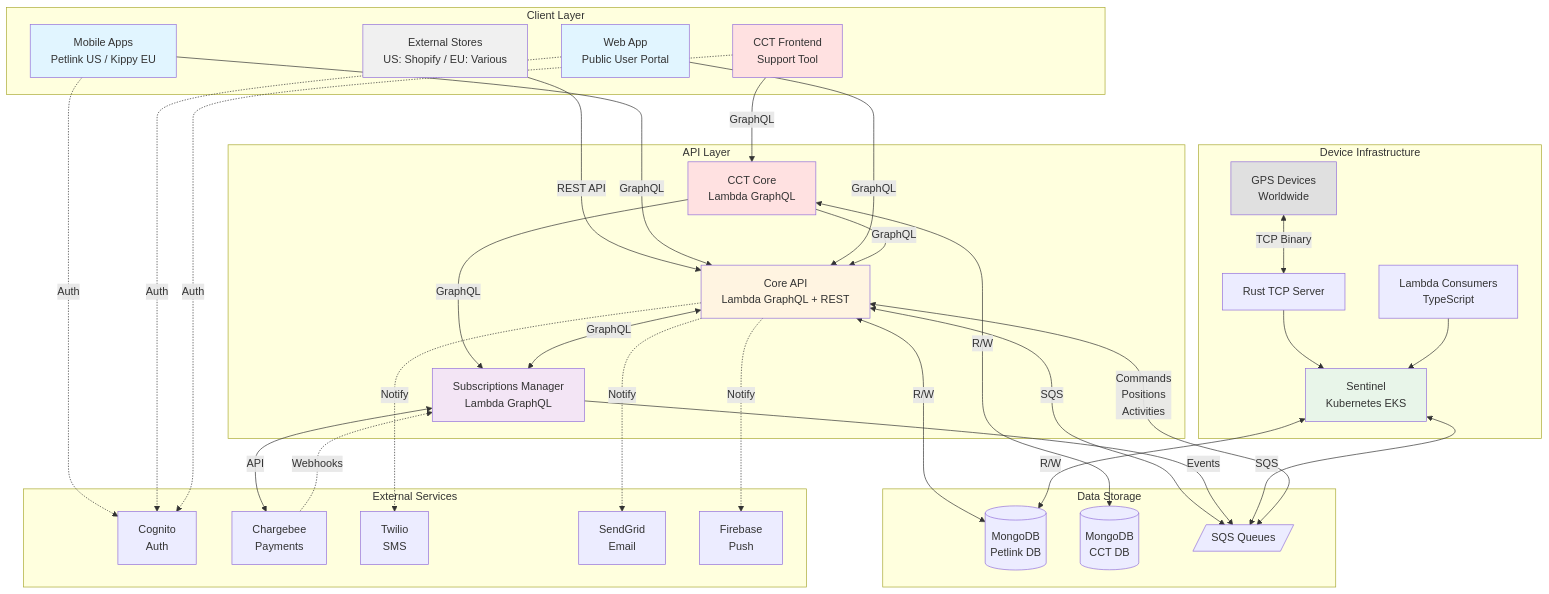
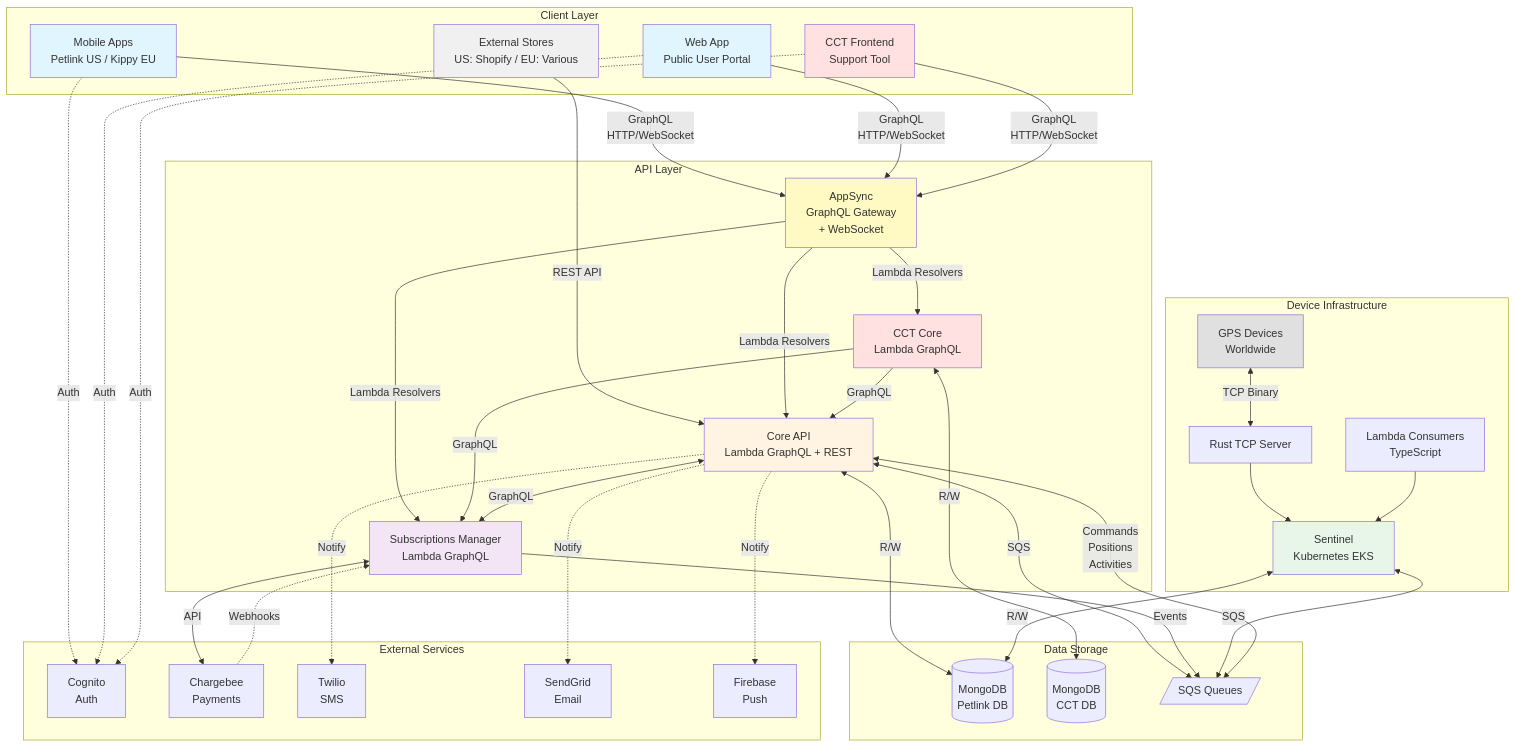
Before and after one commit to DatamarsSA/petlink-everywhere-test: the first of 7 diagrams in docs/petlink-infrastructure.md, drawn with Mermaid. The commit also changed other lines of this file and 10 other files, not shown here.

```diff
--- a/docs/petlink-infrastructure.md
+++ b/docs/petlink-infrastructure.md
@@ -33,6 +33,7 @@
     end
 
     subgraph "API Layer"
+        AppSync[AppSync<br/>GraphQL Gateway<br/>+ WebSocket]
         CCTCore[CCT Core<br/>Lambda GraphQL]
         Core[Core API<br/>Lambda GraphQL + REST]
         SubsMgr[Subscriptions Manager<br/>Lambda GraphQL]
@@ -61,9 +62,14 @@
 
     %% Client connections
     Stores -->|REST API| Core
-    Mobile -->|GraphQL| Core
-    Web -->|GraphQL| Core
-    CCTFront -->|GraphQL| CCTCore
+    Mobile -->|GraphQL<br/>HTTP/WebSocket| AppSync
+    Web -->|GraphQL<br/>HTTP/WebSocket| AppSync
+    CCTFront -->|GraphQL<br/>HTTP/WebSocket| AppSync
+
+    %% AppSync connections
+    AppSync -->|Lambda Resolvers| CCTCore
+    AppSync -->|Lambda Resolvers| Core
+    AppSync -->|Lambda Resolvers| SubsMgr
 
     %% CCT connections
     CCTCore -->|GraphQL| Core
@@ -100,6 +106,7 @@
     style Mobile fill:#e1f5ff
     style Web fill:#e1f5ff
     style CCTFront fill:#ffe1e1
+    style AppSync fill:#fff9c4
     style CCTCore fill:#ffe1e1
     style Core fill:#fff4e1
     style SubsMgr fill:#f3e5f5
```
